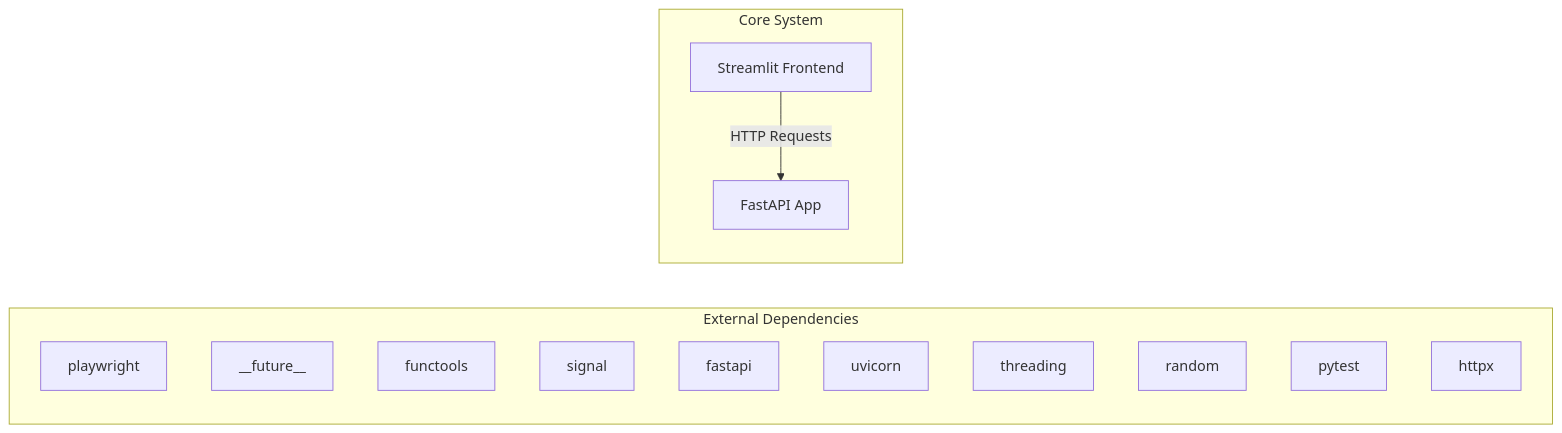
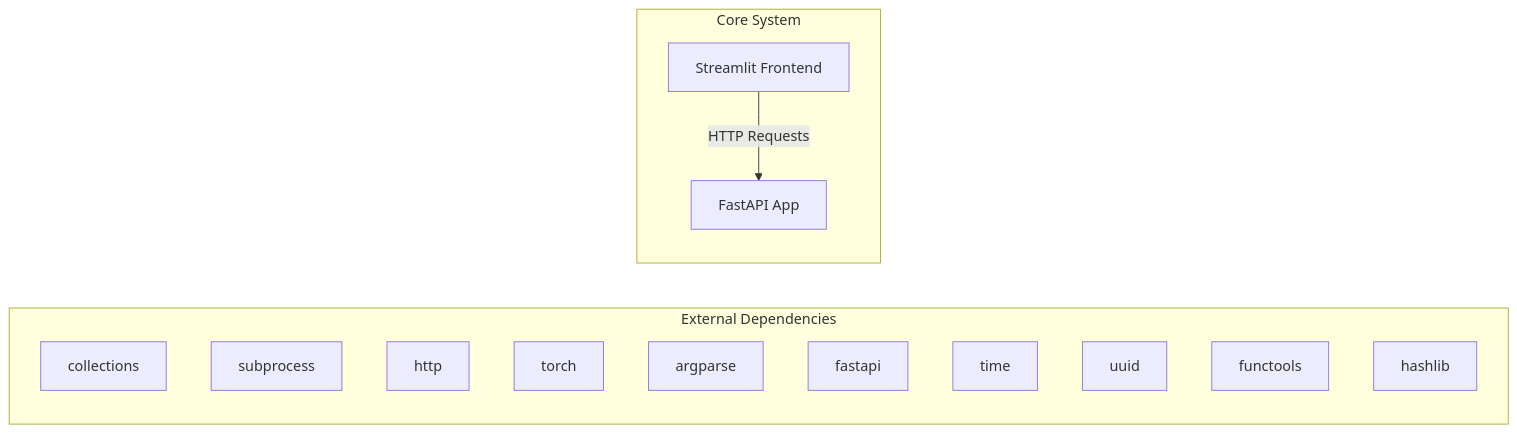
One commit to NITISH-R-G/rag-context-optimizer changed the first of 2 diagrams in docs/architecture.md. Above: the diagram before and after it, drawn with Mermaid. The commit also changed 1 other file, not shown here.

Commit message:
docs: auto-update repository knowledge, architecture diagrams, and documentation

````diff
--- a/docs/architecture.md
+++ b/docs/architecture.md
@@ -7,20 +7,20 @@
 ```mermaid
 graph LR
     subgraph External Dependencies
-        E0["playwright"]
-        E1["__future__"]
-        E2["functools"]
-        E3["signal"]
-        E4["fastapi"]
-        E5["uvicorn"]
-        E6["threading"]
-        E7["random"]
-        E8["pytest"]
-        E9["httpx"]
+        E0["collections"]
+        E1["subprocess"]
+        E2["http"]
+        E3["torch"]
+        E4["argparse"]
+        E5["fastapi"]
+        E6["time"]
+        E7["uuid"]
+        E8["functools"]
+        E9["hashlib"]
     end
     subgraph Core System
         API["FastAPI App"]
         UI["Streamlit Frontend"]
     end
     UI -->|HTTP Requests| API
 ```
````
